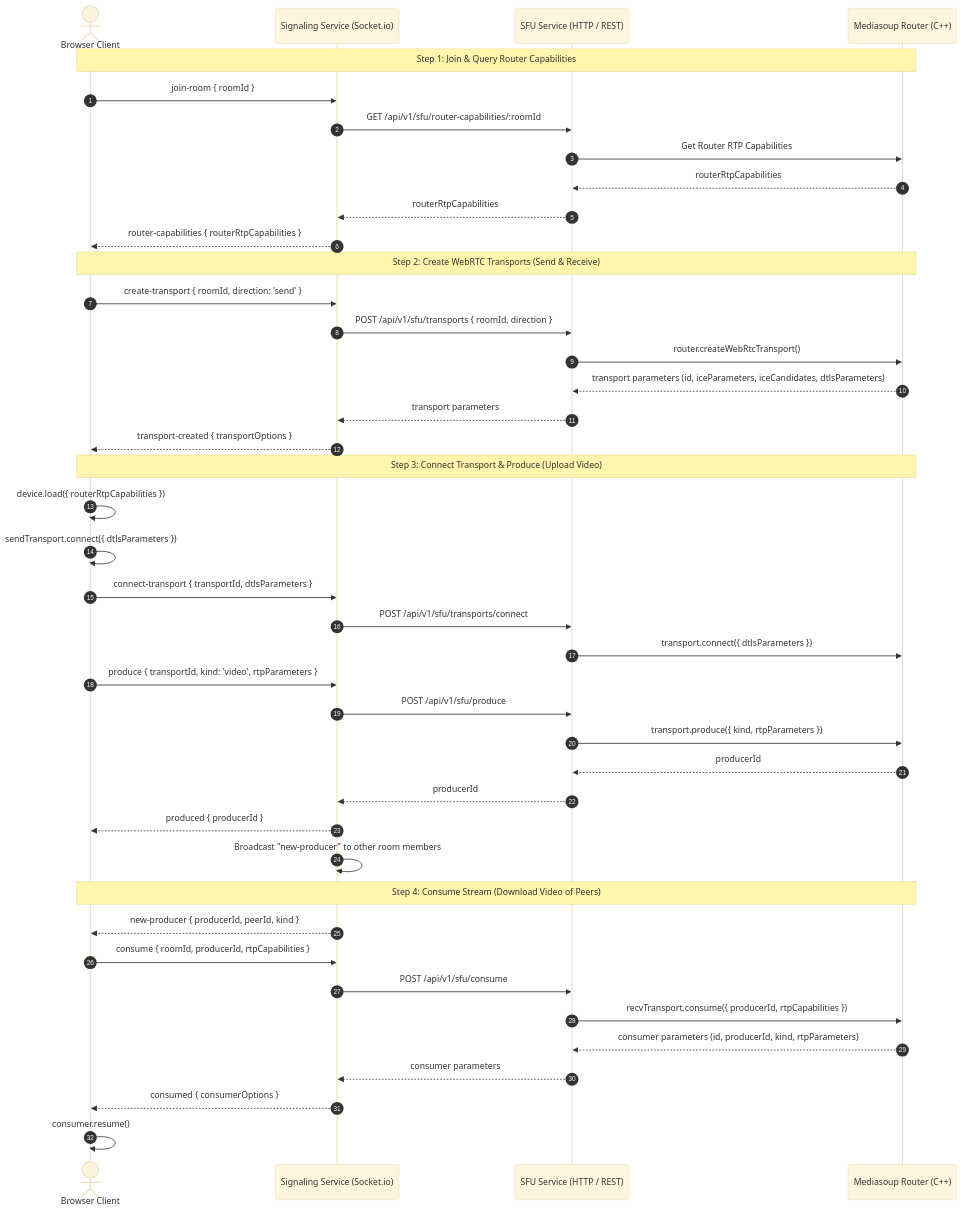
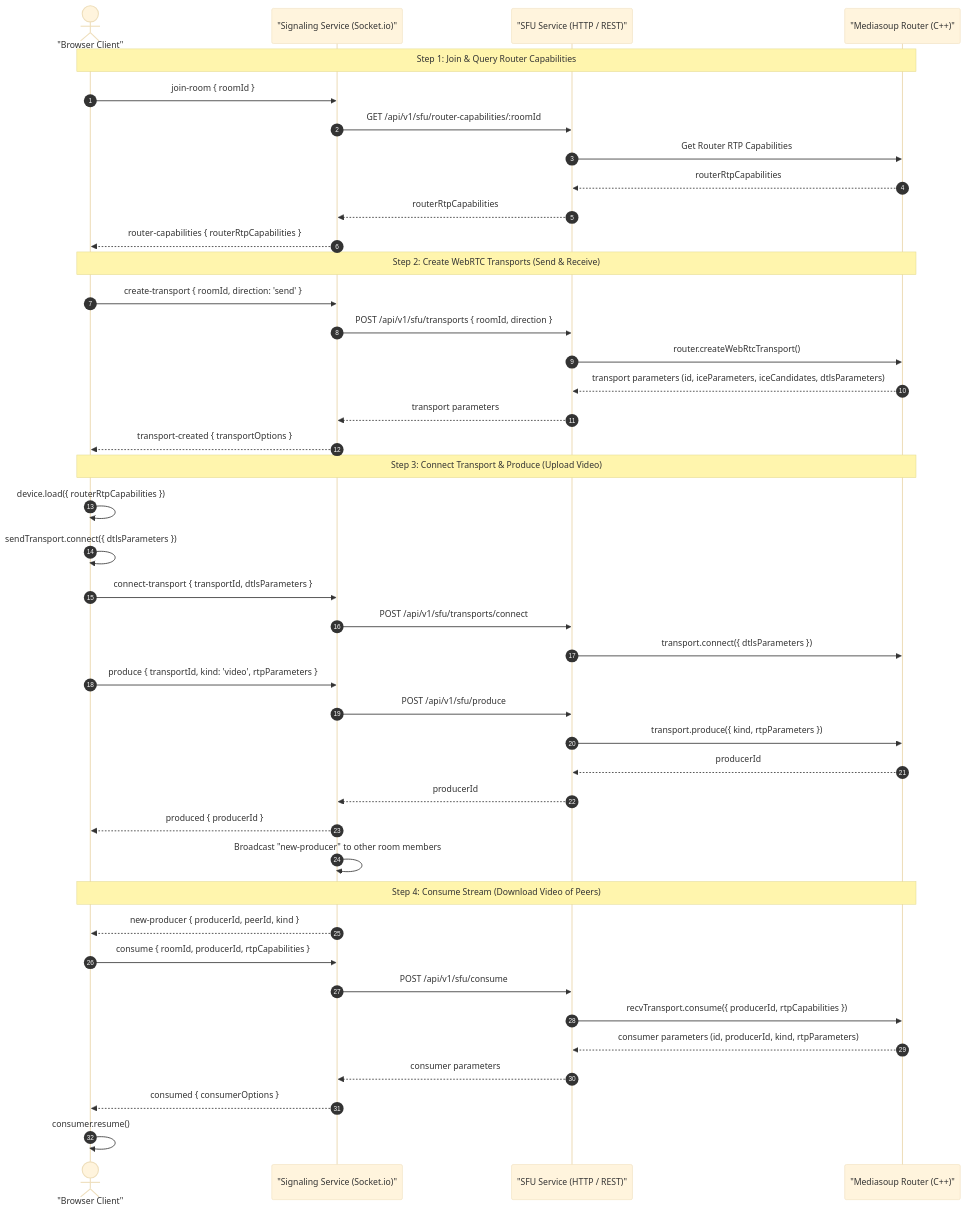
Before and after one commit to INDIAN-MEET/GOOGLE_MEET: the fourth of 4 diagrams in services/sfu-service/md/readme.md, drawn with Mermaid (base theme). The commit also changed other lines of this file, not shown here.

Commit message:
fix: sanitize mermaid diagrams syntax in phase-9 SFU guide

````diff
--- a/services/sfu-service/md/readme.md
+++ b/services/sfu-service/md/readme.md
@@ -103,49 +103,49 @@
 ```mermaid
 sequenceDiagram
     autonumber
-    actor Client as Browser Client
-    participant Sig as Signaling Service (Socket.io)
-    participant SFU as SFU Service (HTTP / REST)
-    participant MS as Mediasoup Router (C++)
+    actor Client as "Browser Client"
+    participant Sig as "Signaling Service (Socket.io)"
+    participant SFU as "SFU Service (HTTP / REST)"
+    participant MS as "Mediasoup Router (C++)"
 
     Note over Client, MS: Step 1: Join & Query Router Capabilities
     Client->>Sig: join-room { roomId }
     Sig->>SFU: GET /api/v1/sfu/router-capabilities/:roomId
     SFU->>MS: Get Router RTP Capabilities
     MS-->>SFU: routerRtpCapabilities
     SFU-->>Sig: routerRtpCapabilities
     Sig-->>Client: router-capabilities { routerRtpCapabilities }
 
     Note over Client, MS: Step 2: Create WebRTC Transports (Send & Receive)
     Client->>Sig: create-transport { roomId, direction: 'send' }
     Sig->>SFU: POST /api/v1/sfu/transports { roomId, direction }
     SFU->>MS: router.createWebRtcTransport()
     MS-->>SFU: transport parameters (id, iceParameters, iceCandidates, dtlsParameters)
     SFU-->>Sig: transport parameters
     Sig-->>Client: transport-created { transportOptions }
 
     Note over Client, MS: Step 3: Connect Transport & Produce (Upload Video)
     Client->>Client: device.load({ routerRtpCapabilities })
     Client->>Client: sendTransport.connect({ dtlsParameters })
     Client->>Sig: connect-transport { transportId, dtlsParameters }
     Sig->>SFU: POST /api/v1/sfu/transports/connect
     SFU->>MS: transport.connect({ dtlsParameters })
-  
+    
     Client->>Sig: produce { transportId, kind: 'video', rtpParameters }
     Sig->>SFU: POST /api/v1/sfu/produce
     SFU->>MS: transport.produce({ kind, rtpParameters })
     MS-->>SFU: producerId
     SFU-->>Sig: producerId
     Sig-->>Client: produced { producerId }
     Sig->>Sig: Broadcast "new-producer" to other room members
 
     Note over Client, MS: Step 4: Consume Stream (Download Video of Peers)
     Sig-->>Client: new-producer { producerId, peerId, kind }
     Client->>Sig: consume { roomId, producerId, rtpCapabilities }
     Sig->>SFU: POST /api/v1/sfu/consume
     SFU->>MS: recvTransport.consume({ producerId, rtpCapabilities })
     MS-->>SFU: consumer parameters (id, producerId, kind, rtpParameters)
     SFU-->>Sig: consumer parameters
     Sig-->>Client: consumed { consumerOptions }
     Client->>Client: consumer.resume()
 ```
````
